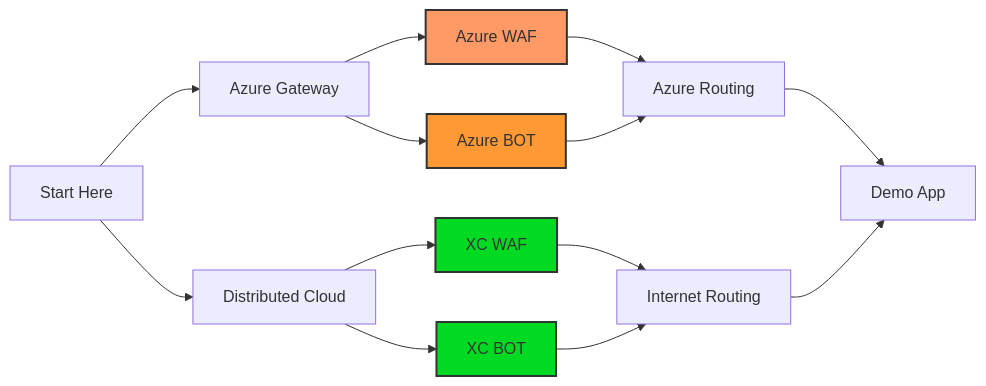
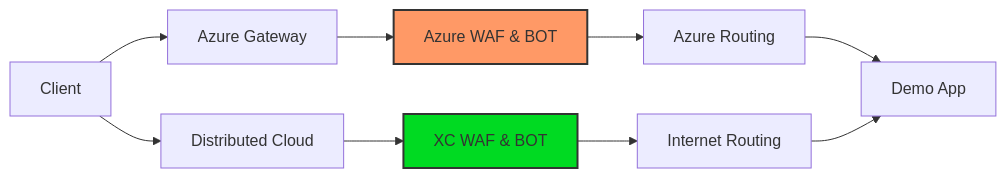
One commit to gkullio/xc-bit-vs-azure-gw-bot changed the diagram in README.md. Above: the diagram before and after it, drawn with Mermaid. The commit also changed other lines of this file, not shown here.

Commit message:
fixed mermaid chart

````diff
--- a/README.md
+++ b/README.md
@@ -54,17 +57,13 @@
 ```mermaid
 flowchart LR
-    Start["Start Here"] --> Merge["Azure Gateway"] & Merge2["Distributed Cloud"]
-    Merge --> A1["Azure WAF"] & A2["Azure BOT"]
+    Start["Client"] --> Merge["Azure Gateway"] & Merge2["Distributed Cloud"]
+    Merge --> A1["Azure WAF & BOT"]
     A1 --> Merge3["Azure Routing"]
-    A2 --> Merge3
     Merge3 --> Endpoint["Demo App"]
-    Merge2 --> B1["XC WAF"] & B2["XC BOT"]
+    Merge2 --> B1["XC WAF & BOT"]
     B1 --> Merge6["Internet Routing"]
-    B2 --> Merge6
     Merge6 --> Endpoint
 
     style A1 stroke:#333,stroke-width:2px,fill:#f96
-    style A2 stroke:#333,stroke-width:2px,fill:#f93
     style B1 stroke:#333,stroke-width:2px,fill:#00DA22
-    style B2 stroke:#333,stroke-width:2px,fill:#00DA22
 ```
````
